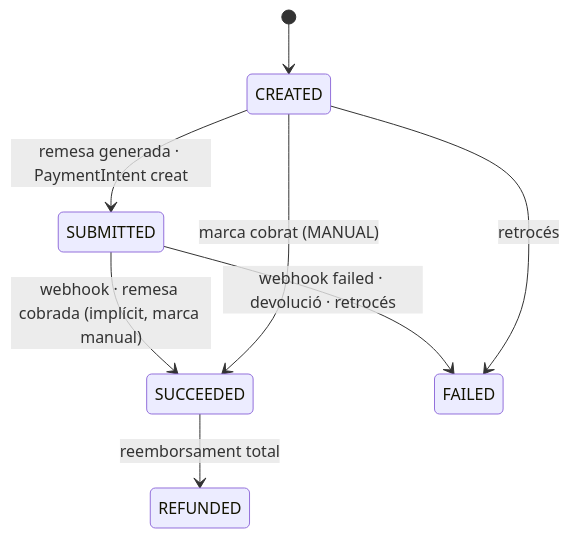
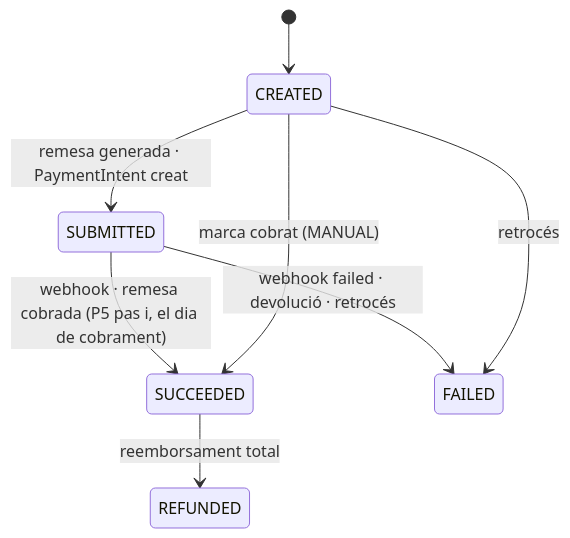
The second of 2 diagrams in docs/specs/S12-facturacio-i-pagaments.md (jboixtcm/agilityhub-core-web), drawn with Mermaid before and after one commit. The commit also changed other lines of this file and 454 other files, not shown here.

````diff
--- a/docs/specs/S12-facturacio-i-pagaments.md
+++ b/docs/specs/S12-facturacio-i-pagaments.md
@@ -133,10 +133,10 @@
 ```mermaid
 stateDiagram-v2
   [*] --> CREATED
   CREATED --> SUBMITTED : remesa generada · PaymentIntent creat
-  SUBMITTED --> SUCCEEDED : webhook · remesa cobrada (implícit, marca manual)
+  SUBMITTED --> SUCCEEDED : webhook · remesa cobrada (P5 pas i, el dia de cobrament)
   SUBMITTED --> FAILED : webhook failed · devolució · retrocés
   CREATED --> SUCCEEDED : marca cobrat (MANUAL)
   CREATED --> FAILED : retrocés
   SUCCEEDED --> REFUNDED : reemborsament total
 ```
````
